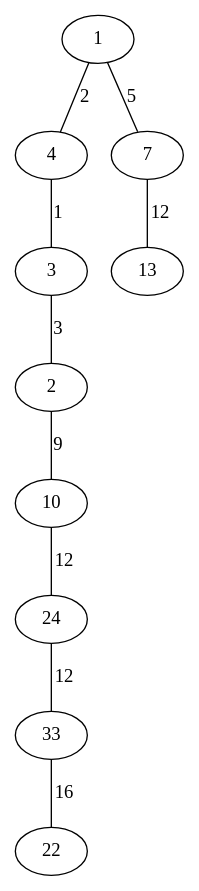
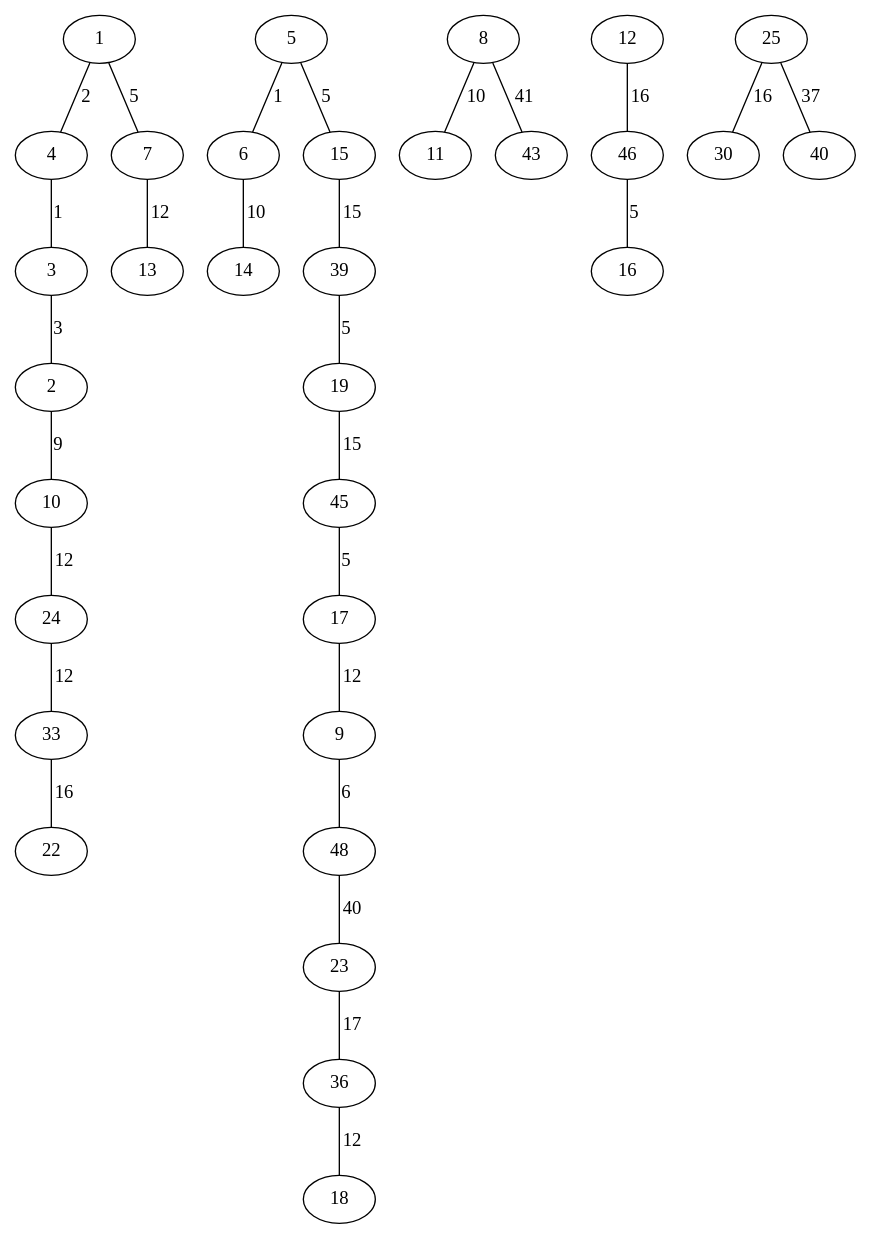
Before and after one commit to TiagoJustino/graph_mst: the diagram in prova/fig/P20_GRF_dcmst_prim_2.dot, drawn with Graphviz. The commit also changed 6 other files, not shown here.

```diff
--- a/prova/fig/P20_GRF_dcmst_prim_2.dot
+++ b/prova/fig/P20_GRF_dcmst_prim_2.dot
@@ -1,11 +1,29 @@
 graph {
 "1" -- "4" [label="2"]
 "4" -- "3" [label="1"]
 "3" -- "2" [label="3"]
 "1" -- "7" [label="5"]
 "2" -- "10" [label="9"]
 "7" -- "13" [label="12"]
 "10" -- "24" [label="12"]
 "24" -- "33" [label="12"]
 "33" -- "22" [label="16"]
+"5" -- "6" [label="1"]
+"5" -- "15" [label="5"]
+"6" -- "14" [label="10"]
+"15" -- "39" [label="15"]
+"39" -- "19" [label="5"]
+"19" -- "45" [label="15"]
+"45" -- "17" [label="5"]
+"17" -- "9" [label="12"]
+"9" -- "48" [label="6"]
+"48" -- "23" [label="40"]
+"23" -- "36" [label="17"]
+"36" -- "18" [label="12"]
+"8" -- "11" [label="10"]
+"8" -- "43" [label="41"]
+"12" -- "46" [label="16"]
+"46" -- "16" [label="5"]
+"25" -- "30" [label="16"]
+"25" -- "40" [label="37"]
 }
```
